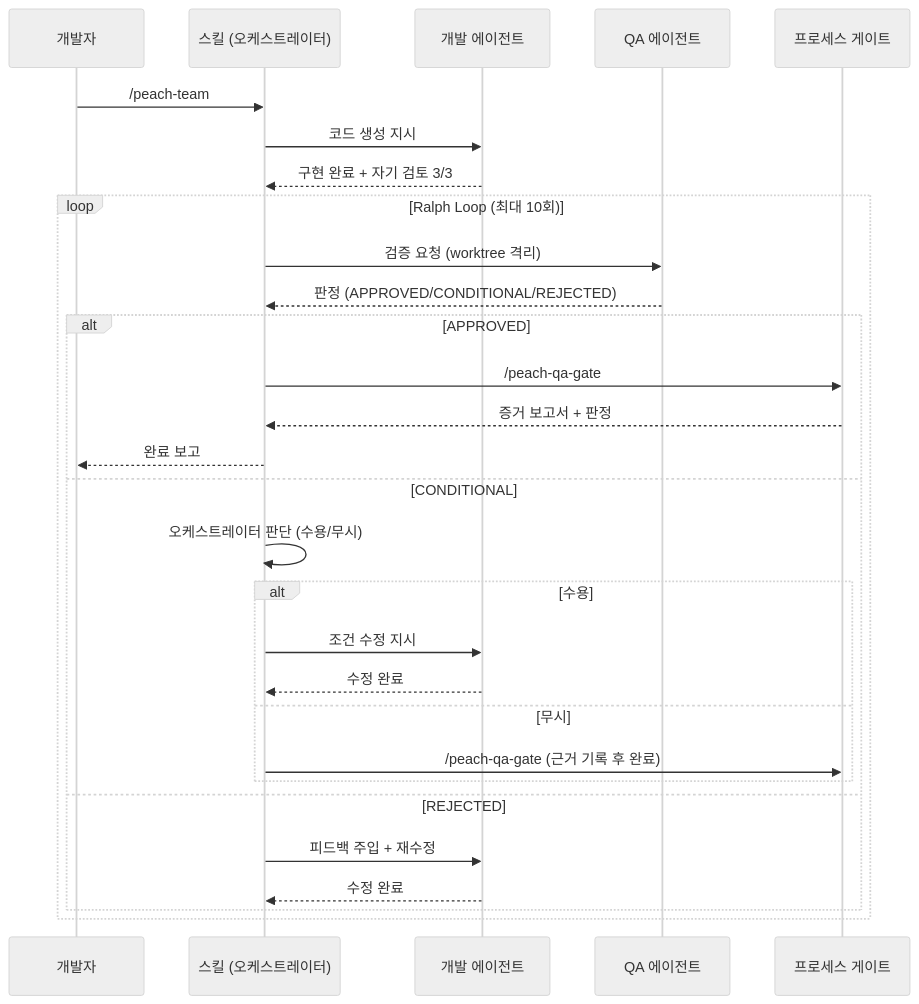
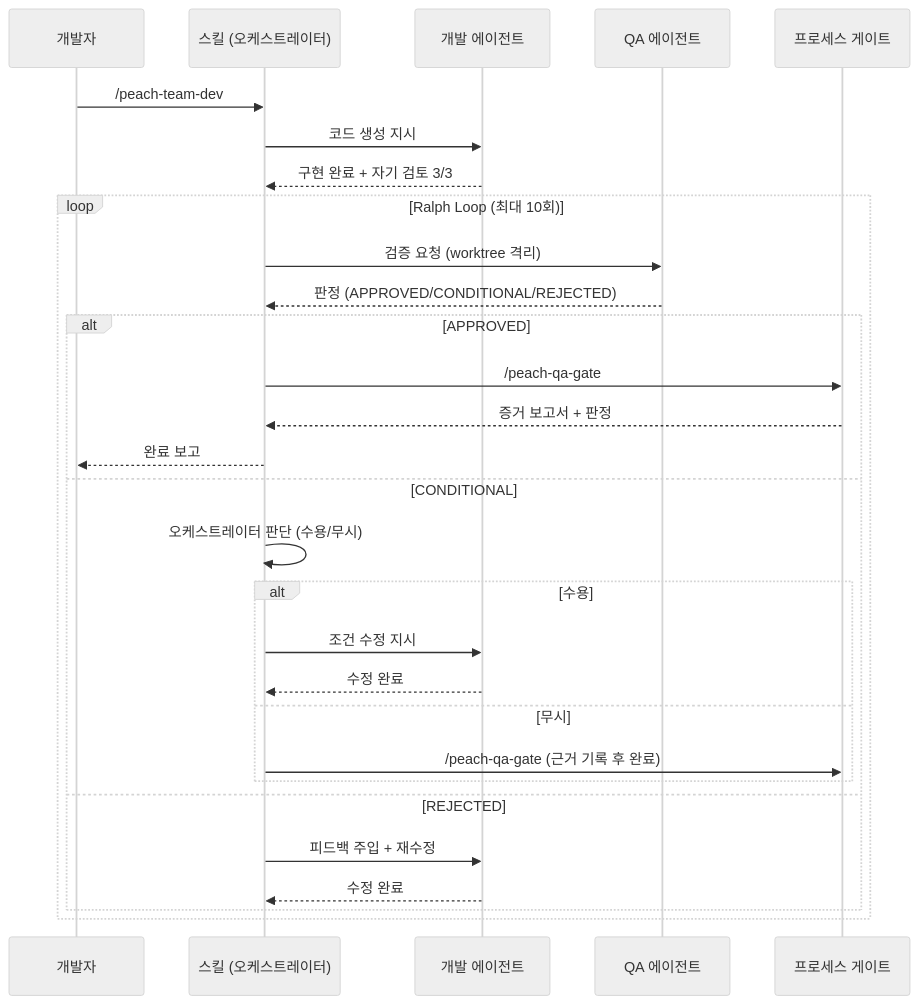
One commit to peachSolution/peach-harness changed the second of 4 diagrams in docs/01-아키텍처.md. Above: the diagram before and after it, drawn with Mermaid (neutral theme). The commit also changed other lines of this file and 30 other files, not shown here.

````diff
--- a/docs/01-아키텍처.md
+++ b/docs/01-아키텍처.md
@@ -90,34 +91,34 @@
 ```mermaid
 sequenceDiagram
     participant User as 개발자
     participant Skill as 스킬 (오케스트레이터)
     participant Dev as 개발 에이전트
     participant QA as QA 에이전트
     participant Gate as 프로세스 게이트
 
-    User->>Skill: /peach-team
+    User->>Skill: /peach-team-dev
     Skill->>Dev: 코드 생성 지시
     Dev-->>Skill: 구현 완료 + 자기 검토 3/3
 
     loop Ralph Loop (최대 10회)
         Skill->>QA: 검증 요청 (worktree 격리)
         QA-->>Skill: 판정 (APPROVED/CONDITIONAL/REJECTED)
         alt APPROVED
             Skill->>Gate: /peach-qa-gate
             Gate-->>Skill: 증거 보고서 + 판정
             Skill-->>User: 완료 보고
         else CONDITIONAL
             Skill->>Skill: 오케스트레이터 판단 (수용/무시)
             alt 수용
                 Skill->>Dev: 조건 수정 지시
                 Dev-->>Skill: 수정 완료
             else 무시
                 Skill->>Gate: /peach-qa-gate (근거 기록 후 완료)
             end
         else REJECTED
             Skill->>Dev: 피드백 주입 + 재수정
             Dev-->>Skill: 수정 완료
         end
     end
 
 ```
````
